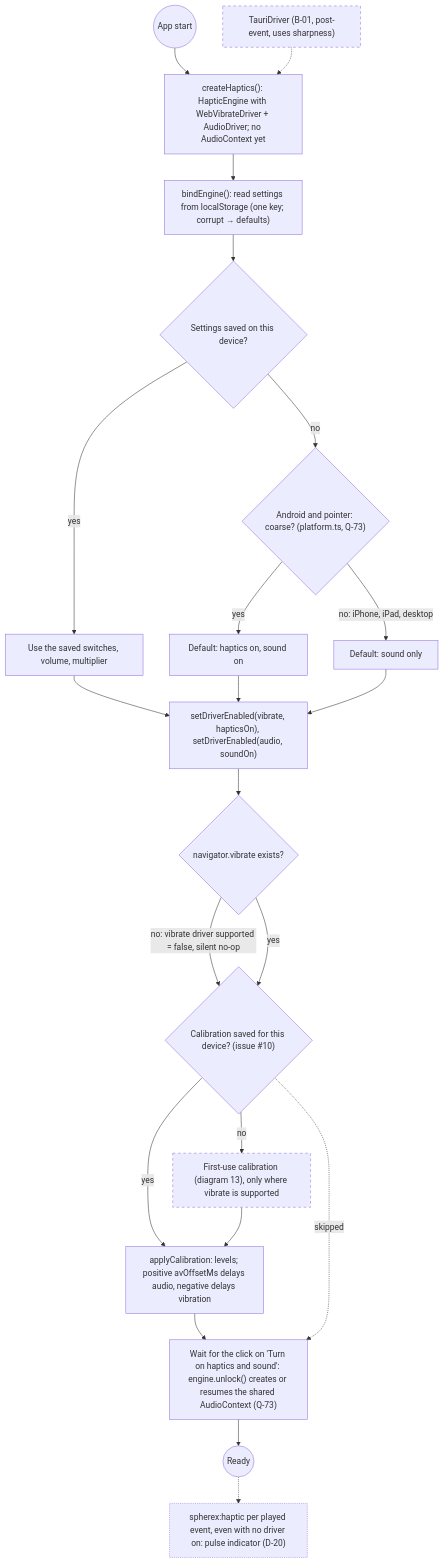
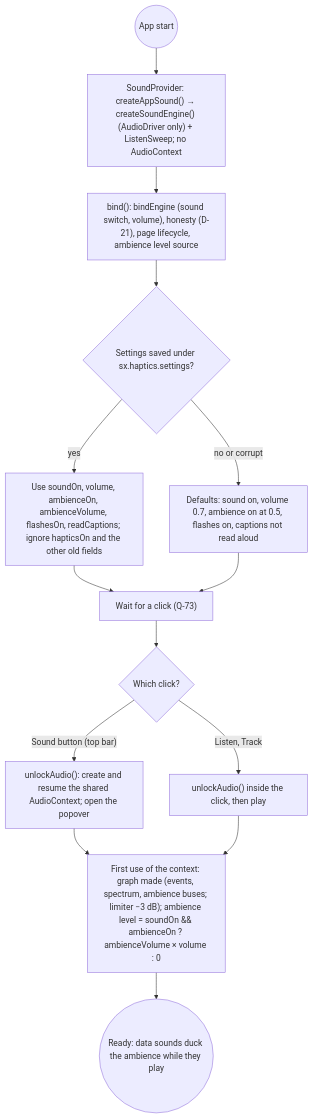
Before and after one commit to 0ffrian/SphereX: the diagram in docs/uml/19-activity-haptic-driver-select.md, drawn with Mermaid. The commit also changed other lines of this file and 41 other files, not shown here.

First line of the commit message:
Sound restructure 4/4: R13 spec, D-39 and Q-430..Q-444, cut banners, UML (#111)

````diff
--- a/docs/uml/19-activity-haptic-driver-select.md
+++ b/docs/uml/19-activity-haptic-driver-select.md
@@ -5,29 +7,16 @@
 ```mermaid
 flowchart TD
-  Start(("App start")) --> Create["createHaptics(): HapticEngine with WebVibrateDriver + AudioDriver; no AudioContext yet"]
-  Create --> Bind["bindEngine(): read settings from localStorage (one key; corrupt → defaults)"]
-  Bind --> Saved{"Settings saved on this device?"}
-  Saved -->|yes| UseSaved["Use the saved switches, volume, multiplier"]
-  Saved -->|no| Plat{"Android and pointer: coarse? (platform.ts, Q-73)"}
-  Plat -->|yes| BothOn["Default: haptics on, sound on"]
-  Plat -->|"no: iPhone, iPad, desktop"| SoundOnly["Default: sound only"]
-  UseSaved --> Enable
-  BothOn --> Enable
-  SoundOnly --> Enable
-  Enable["setDriverEnabled(vibrate, hapticsOn), setDriverEnabled(audio, soundOn)"] --> VibQ{"navigator.vibrate exists?"}
-  VibQ -->|"no: vibrate driver supported = false, silent no-op"| Cal
-  VibQ -->|yes| Cal{"Calibration saved for this device? (issue #10)"}
-  Cal -->|yes| Apply["applyCalibration: levels; positive avOffsetMs delays audio, negative delays vibration"]
-  Cal -->|no| RunCal["First-use calibration (diagram 13), only where vibrate is supported"]
-  RunCal --> Apply
-  Apply --> Gesture
-  Cal -.->|"skipped"| Gesture
-  Gesture["Wait for the click on 'Turn on haptics and sound': engine.unlock() creates or resumes the shared AudioContext (Q-73)"] --> Ready(("Ready"))
-  Ready -.-> Debug["spherex:haptic per played event, even with no driver on: pulse indicator (D-20)"]
-  Tauri["TauriDriver (B-01, post-event, uses sharpness)"] -.-> Create
-
-  classDef post stroke-dasharray: 5 5
-  class Tauri,RunCal post
-  classDef debug stroke-dasharray: 2 2
-  class Debug debug
+  Start(("App start")) --> Provider["SoundProvider: createAppSound() → createSoundEngine() (AudioDriver only) + ListenSweep; no AudioContext"]
+  Provider --> Bind["bind(): bindEngine (sound switch, volume), honesty (D-21), page lifecycle, ambience level source"]
+  Bind --> Load{"Settings saved under sx.haptics.settings?"}
+  Load -->|yes| Saved["Use soundOn, volume, ambienceOn, ambienceVolume, flashesOn, readCaptions; ignore hapticsOn and the other old fields"]
+  Load -->|"no or corrupt"| Defaults["Defaults: sound on, volume 0.7, ambience on at 0.5, flashes on, captions not read aloud"]
+  Saved --> Wait
+  Defaults --> Wait
+  Wait["Wait for a click (Q-73)"] --> Click{"Which click?"}
+  Click -->|"Sound button (top bar)"| Unlock["unlockAudio(): create and resume the shared AudioContext; open the popover"]
+  Click -->|"Listen, Track"| Unlock2["unlockAudio() inside the click, then play"]
+  Unlock --> Graph["First use of the context: graph made (events, spectrum, ambience buses; limiter −3 dB); ambience level = soundOn && ambienceOn ? ambienceVolume × volume : 0"]
+  Unlock2 --> Graph
+  Graph --> Ready(("Ready: data sounds duck the ambience while they play"))
 ```
````
